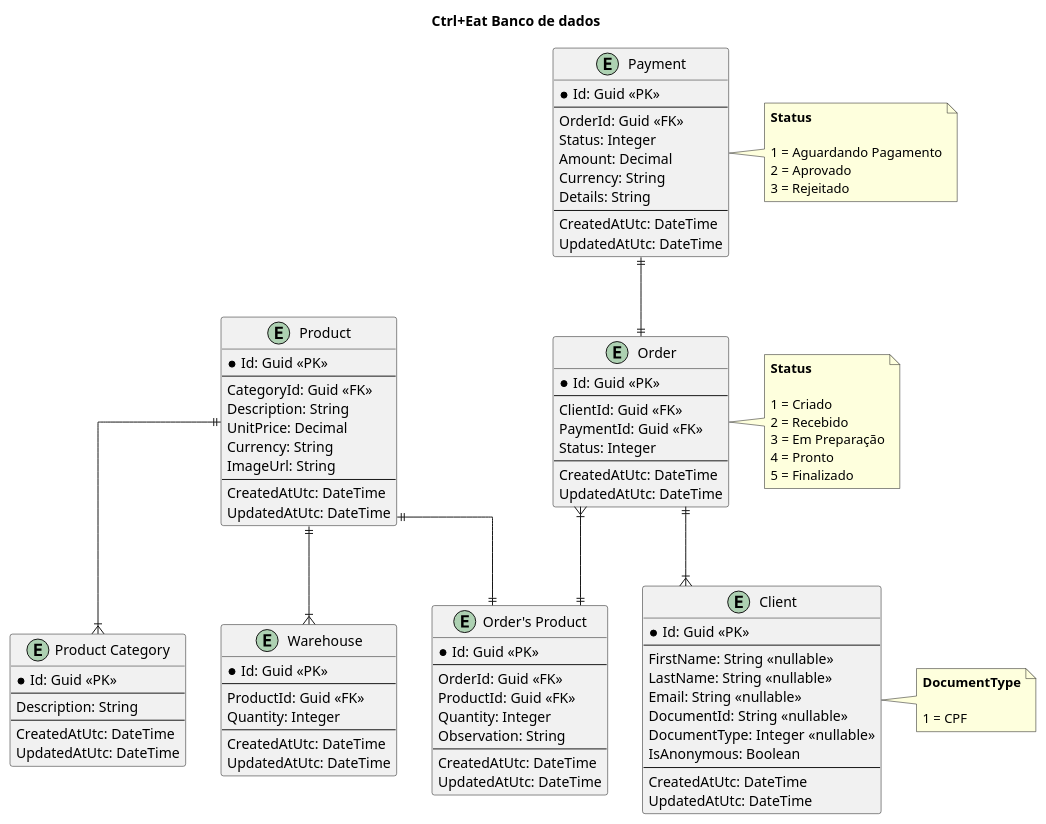
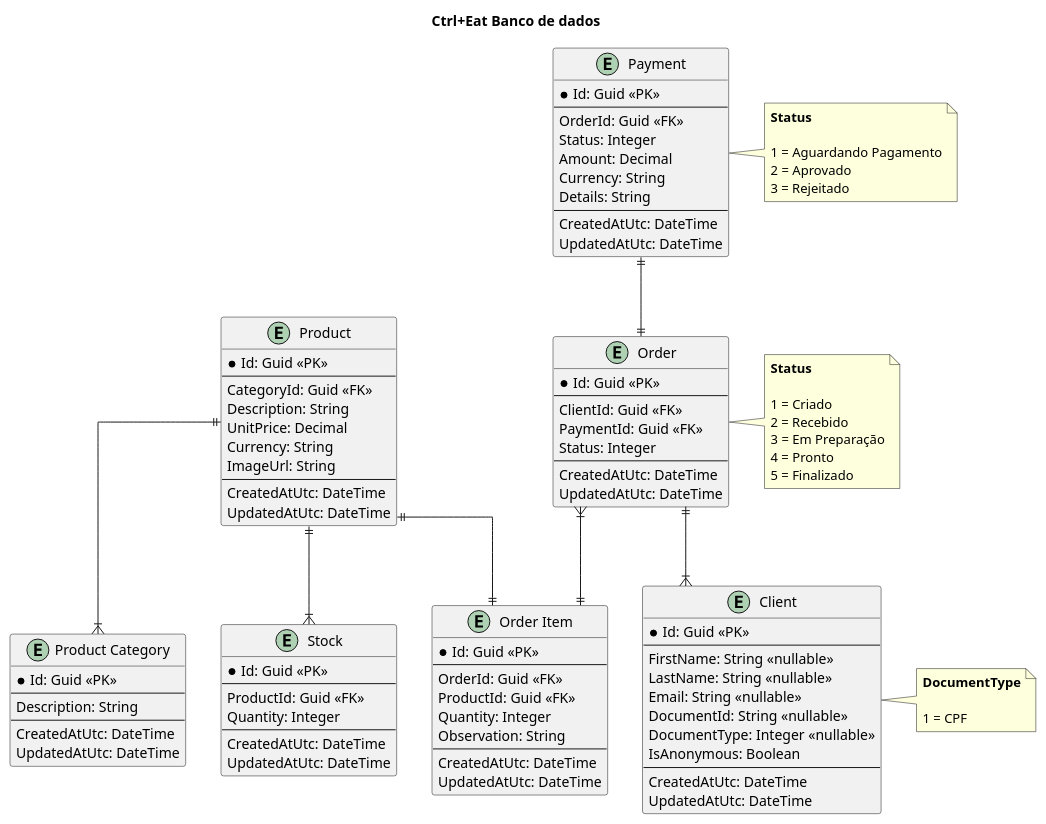
The diagram in docs/database/database.puml (jfelipearaujo/fast-food-api), drawn with PlantUML before and after one commit.

Commit message:
doc: atualizado diagrama do banco

```diff
--- a/docs/database/database.puml
+++ b/docs/database/database.puml
@@ -1,139 +1,139 @@
 @startuml database
 
 title "Ctrl+Eat Banco de dados"
 
 ' avoid problems with angled crows feet
 skinparam linetype ortho
 
 
 entity "Client" as client {
     *Id: Guid <<PK>>
     ---
     FirstName: String <<nullable>>
     LastName: String <<nullable>>
     Email: String <<nullable>>
     DocumentId: String <<nullable>>
     DocumentType: Integer <<nullable>>
     IsAnonymous: Boolean
     ---
     CreatedAtUtc: DateTime
     UpdatedAtUtc: DateTime
 }
 
 entity "Product Category" as productCategory {
     *Id: Guid <<PK>>
     ---
     Description: String
     ---
     CreatedAtUtc: DateTime
     UpdatedAtUtc: DateTime
 }
 
 entity "Product" as product {
     *Id: Guid <<PK>>
     ---
     CategoryId: Guid <<FK>>
     Description: String
     UnitPrice: Decimal
     Currency: String
     ImageUrl: String
     ---
     CreatedAtUtc: DateTime
     UpdatedAtUtc: DateTime
 }
 
-entity "Warehouse" as warehouse {
+entity "Stock" as stock {
     *Id: Guid <<PK>>
     ---
     ProductId: Guid <<FK>>
     Quantity: Integer
     ---
     CreatedAtUtc: DateTime
     UpdatedAtUtc: DateTime
 }
 
-entity "Order's Product" as orderProduct {
+entity "Order Item" as orderItem {
     *Id: Guid <<PK>>
     ---
     OrderId: Guid <<FK>>
     ProductId: Guid <<FK>>
     Quantity: Integer
     Observation: String
     ---
     CreatedAtUtc: DateTime
     UpdatedAtUtc: DateTime
 }
 
 entity "Payment" as payment {
     *Id: Guid <<PK>>
     ---
     OrderId: Guid <<FK>>
     Status: Integer
     Amount: Decimal
     Currency: String
     Details: String
     ---
     CreatedAtUtc: DateTime
     UpdatedAtUtc: DateTime
 }
 
 entity "Order" as order {
     *Id: Guid <<PK>>
     ---
     ClientId: Guid <<FK>>
     PaymentId: Guid <<FK>>
     Status: Integer
     ---
     CreatedAtUtc: DateTime
     UpdatedAtUtc: DateTime
 }
 
 note right of client
     **DocumentType**
 
     1 = CPF
 end note
 
 note right of payment
     **Status**
 
     1 = Aguardando Pagamento
     2 = Aprovado
     3 = Rejeitado
 end note
 
 note right of order
     **Status**
 
     1 = Criado
     2 = Recebido
     3 = Em Preparação
     4 = Pronto
     5 = Finalizado
 end note
 
 ' a product has Exactly One category
 ' a category has One or More products
 product ||--|{ productCategory
 
-' a product has Exactly One warehouse
-' a warehouse has One or More products
-product ||--|{ warehouse
+' a product has Exactly One stock
+' a stock has One or More products
+product ||--|{ stock
 
 ' a payment has Exactly One order
 ' a order has Exactly One payment
 payment ||--|| order
 
 ' a order has Exactly One client
 ' a client has One or More order
 order ||--|{ client
 
-' a product has Exactly One orderProduct
-' a orderProduct has One or More products
-product ||--|| orderProduct
+' a product has Exactly One orderItem
+' a orderItem has One or More products
+product ||--|| orderItem
 
-' a order has One or Mode orderProduct
-' a orderProduct has Exactly One order
-order }|--|| orderProduct
+' a order has One or Mode orderItem
+' a orderItem has Exactly One order
+order }|--|| orderItem
 
 @enduml
```
